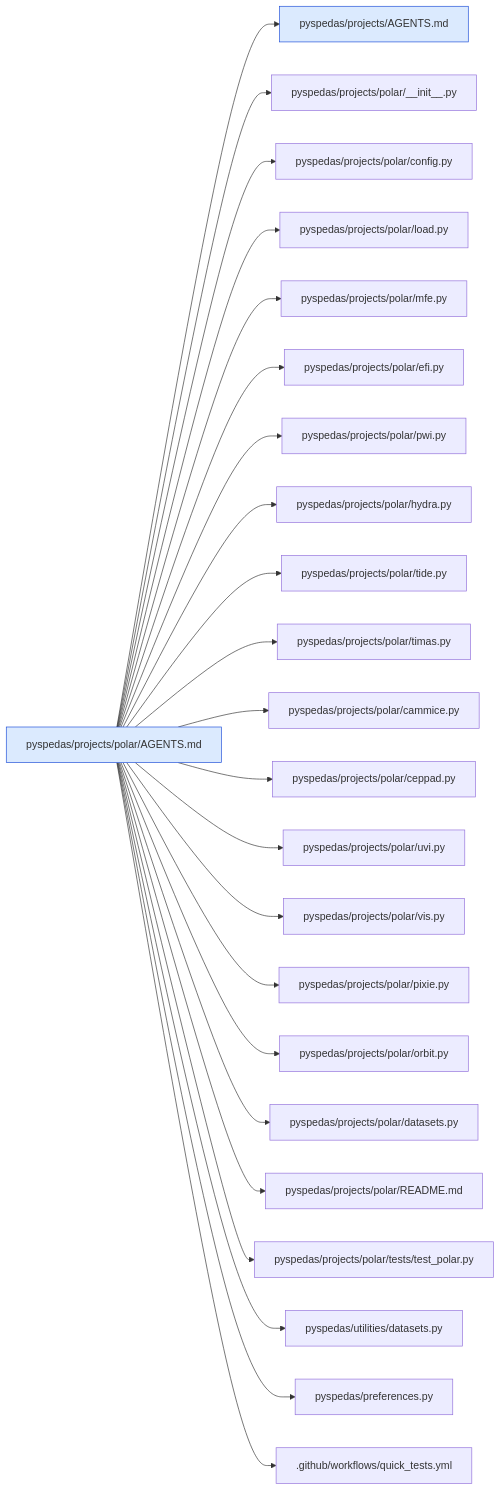
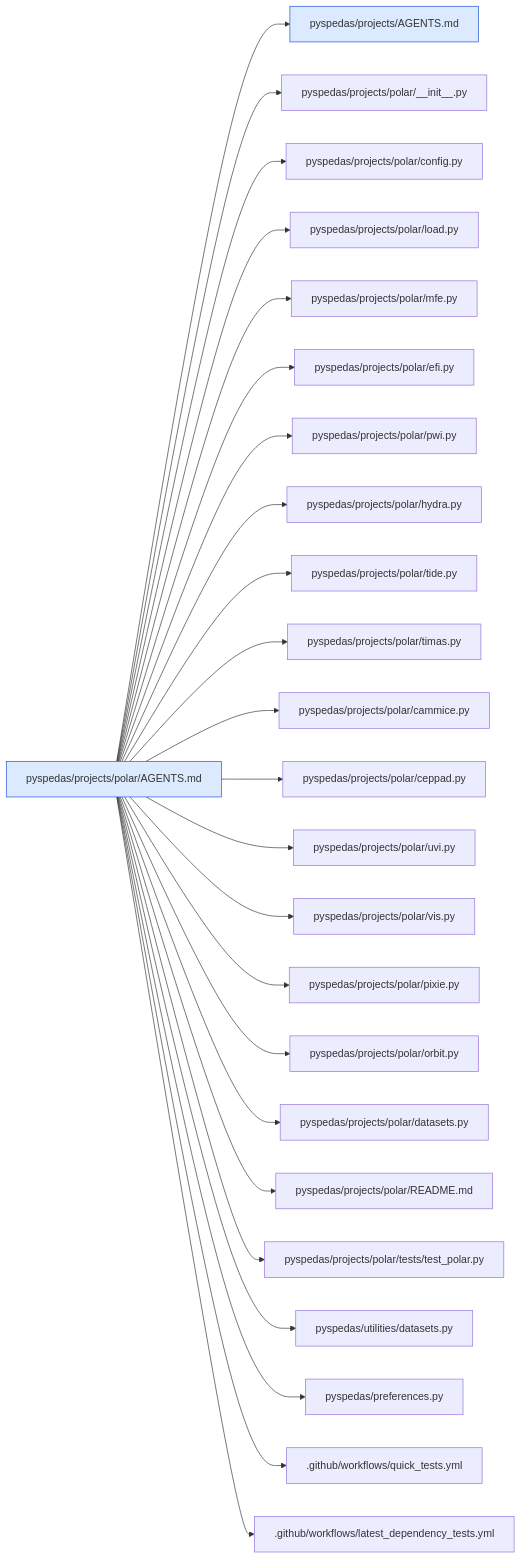
Diagram 27 of 43 in .agents/map/MAP.md (spedas/pyspedas), drawn with Mermaid before and after one commit. The commit also changed other lines of this file and 15 other files, not shown here.

Commit message:
Updated md and rst docs to mention that new tests added to quick_tests workflow should also be added to latest_dependency_tests

````diff
--- a/.agents/map/MAP.md
+++ b/.agents/map/MAP.md
@@ -1048,28 +1051,29 @@
 ```mermaid
 graph LR
   classDef agents fill:#dbeafe,stroke:#1d4ed8
   classDef missing fill:#fee2e2,stroke:#b91c1c,stroke-dasharray:4
   self["pyspedas/projects/polar/AGENTS.md"]:::agents
   self --> r0["pyspedas/projects/AGENTS.md"]:::agents
   self --> r1["pyspedas/projects/polar/__init__.py"]
   self --> r2["pyspedas/projects/polar/config.py"]
   self --> r3["pyspedas/projects/polar/load.py"]
   self --> r4["pyspedas/projects/polar/mfe.py"]
   self --> r5["pyspedas/projects/polar/efi.py"]
   self --> r6["pyspedas/projects/polar/pwi.py"]
   self --> r7["pyspedas/projects/polar/hydra.py"]
   self --> r8["pyspedas/projects/polar/tide.py"]
   self --> r9["pyspedas/projects/polar/timas.py"]
   self --> r10["pyspedas/projects/polar/cammice.py"]
   self --> r11["pyspedas/projects/polar/ceppad.py"]
   self --> r12["pyspedas/projects/polar/uvi.py"]
   self --> r13["pyspedas/projects/polar/vis.py"]
   self --> r14["pyspedas/projects/polar/pixie.py"]
   self --> r15["pyspedas/projects/polar/orbit.py"]
   self --> r16["pyspedas/projects/polar/datasets.py"]
   self --> r17["pyspedas/projects/polar/README.md"]
   self --> r18["pyspedas/projects/polar/tests/test_polar.py"]
   self --> r19["pyspedas/utilities/datasets.py"]
   self --> r20["pyspedas/preferences.py"]
   self --> r21[".github/workflows/quick_tests.yml"]
+  self --> r22[".github/workflows/latest_dependency_tests.yml"]
 ```
````
